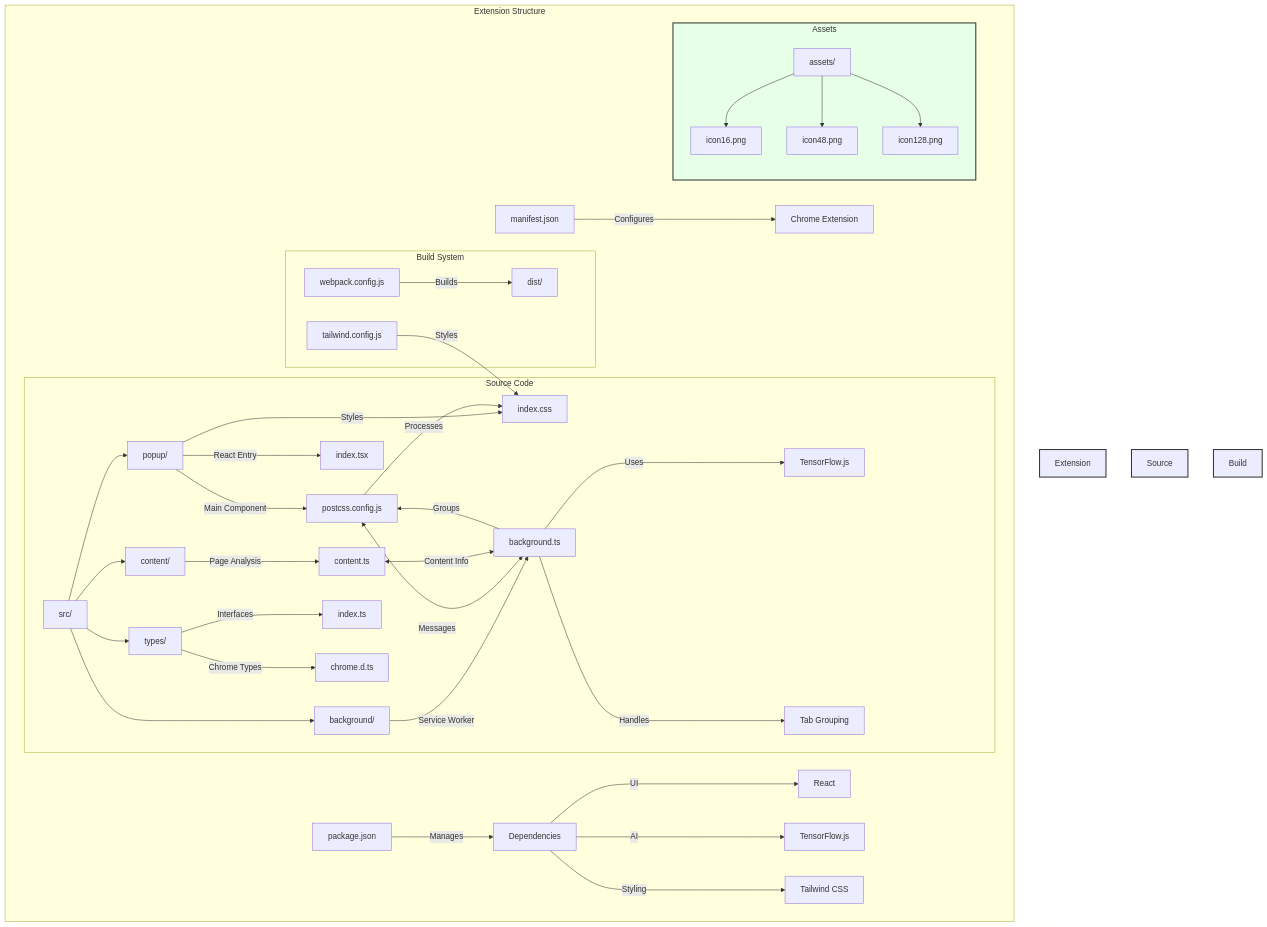
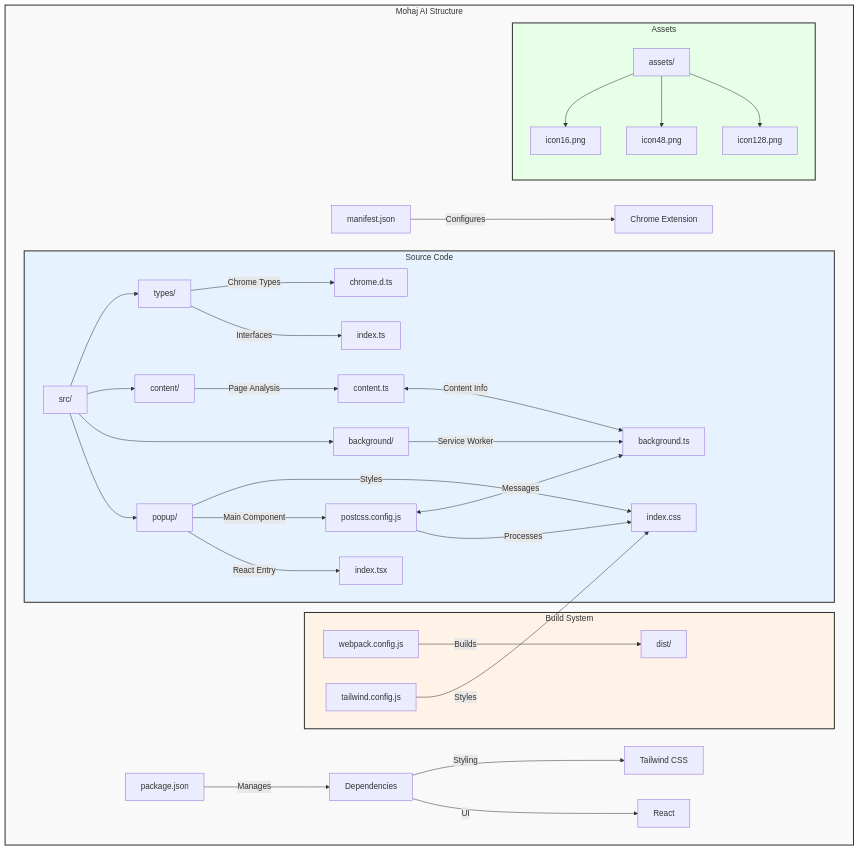
Before and after one commit to moelhaj996/AI-Powered-Tab-Manager-Organizer: the second of 2 diagrams in README.md, drawn with Mermaid. The commit also changed other lines of this file, not shown here.

````diff
--- a/README.md
+++ b/README.md
@@ -84,58 +84,48 @@
 ```mermaid
 graph TD
-    subgraph Extension Structure
+    subgraph Mohaj_AI_Structure[Mohaj AI Structure]
         M[manifest.json] --> |Configures| EXT[Chrome Extension]
         
-        subgraph Source Code
+        subgraph Source_Code[Source Code]
             SRC[src/] --> POP[popup/]
             SRC --> BG[background/]
             SRC --> CON[content/]
             SRC --> TYP[types/]
 
-            %% Popup Details
             POP --> |React Entry| IDX[index.tsx]
             POP --> |Main Component| PC[Popup.tsx]
             POP --> |Styles| CSS[index.css]
             
-            %% Background Service
             BG --> |Service Worker| BS[background.ts]
-            BS --> |Uses| TF[TensorFlow.js]
-            BS --> |Handles| TG[Tab Grouping]
             
-            %% Content Scripts
             CON --> |Page Analysis| CS[content.ts]
             
-            %% Types
             TYP --> |Interfaces| TI[index.ts]
             TYP --> |Chrome Types| CT[chrome.d.ts]
         end
 
-        subgraph Build System
+        subgraph Build_System[Build System]
             WP[webpack.config.js] --> |Builds| DIST[dist/]
             PC[postcss.config.js] --> |Processes| CSS
             TC[tailwind.config.js] --> |Styles| CSS
         end
 
-        subgraph Assets
+        subgraph Assets[Assets]
             AST[assets/] --> IC16[icon16.png]
             AST --> IC48[icon48.png]
             AST --> IC128[icon128.png]
         end
 
-        %% Dependencies
         PKG[package.json] --> |Manages| DEP[Dependencies]
         DEP --> |UI| REACT[React]
-        DEP --> |AI| TFJS[TensorFlow.js]
         DEP --> |Styling| TWC[Tailwind CSS]
 
-        %% Communication Flow
         PC <--> |Messages| BS
         CS <--> |Content Info| BS
-        BS --> |Groups| PC
     end
 
-    style Extension Structure fill:#f9f9f9,stroke:#333,stroke-width:2px
-    style Source Code fill:#e6f3ff,stroke:#333,stroke-width:2px
-    style Build System fill:#fff2e6,stroke:#333,stroke-width:2px
+    style Mohaj_AI_Structure fill:#f9f9f9,stroke:#333,stroke-width:2px
+    style Source_Code fill:#e6f3ff,stroke:#333,stroke-width:2px
+    style Build_System fill:#fff2e6,stroke:#333,stroke-width:2px
     style Assets fill:#e6ffe6,stroke:#333,stroke-width:2px
 ```
````
